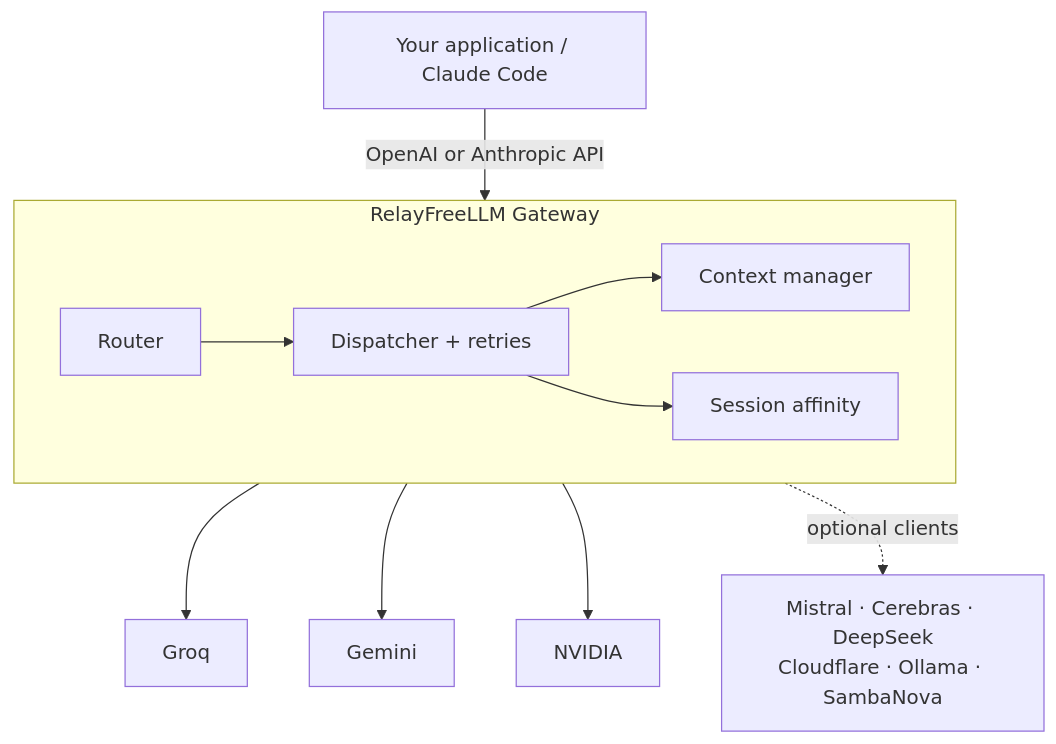
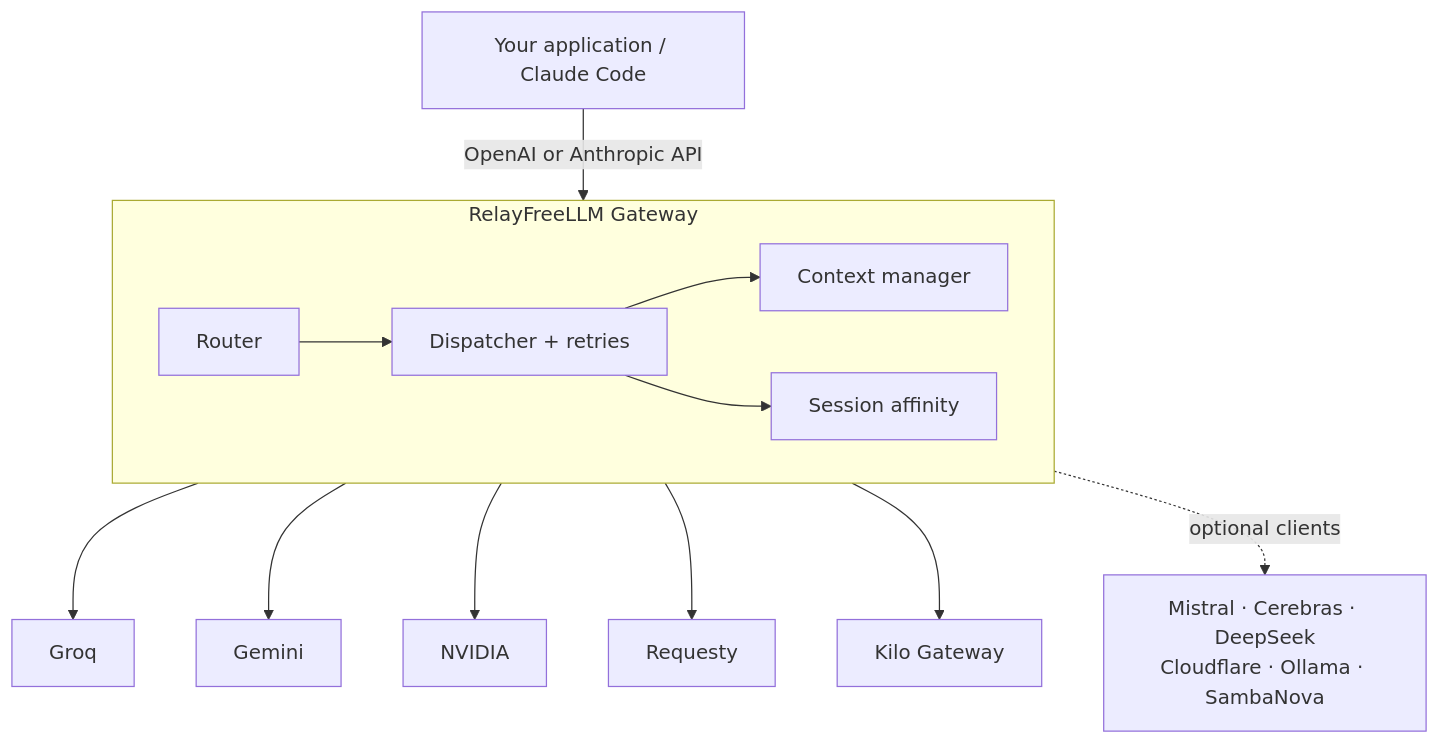
One commit to msmarkgu/RelayFreeLLM changed the diagram in README.md. Above: the diagram before and after it, drawn with Mermaid. The commit also changed other lines of this file and 10 other files, not shown here.

Commit message:
Add Requesty and Kilo Gateway as default providers; switch Claude tier aliases to Kilo Gateway free endpoints

````diff
--- a/README.md
+++ b/README.md
@@ -463,13 +470,15 @@
 ```mermaid
 flowchart TD
     A[Your application / Claude Code] -->|OpenAI or Anthropic API| B
     subgraph B[RelayFreeLLM Gateway]
         C[Router] --> D[Dispatcher + retries]
         D --> E[Context manager]
         D --> F[Session affinity]
     end
     B --> G[Groq]
     B --> H[Gemini]
     B --> I[NVIDIA]
+    B --> K[Requesty]
+    B --> L[Kilo Gateway]
     B -. optional clients .-> J[Mistral · Cerebras · DeepSeek<br/>Cloudflare · Ollama · SambaNova]
 ```
````
